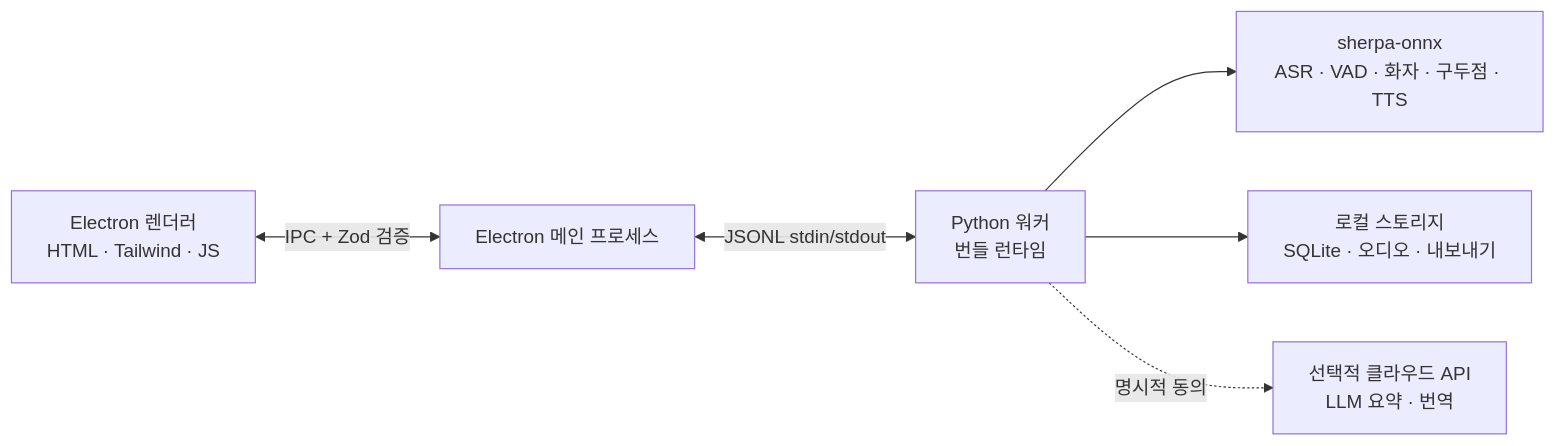
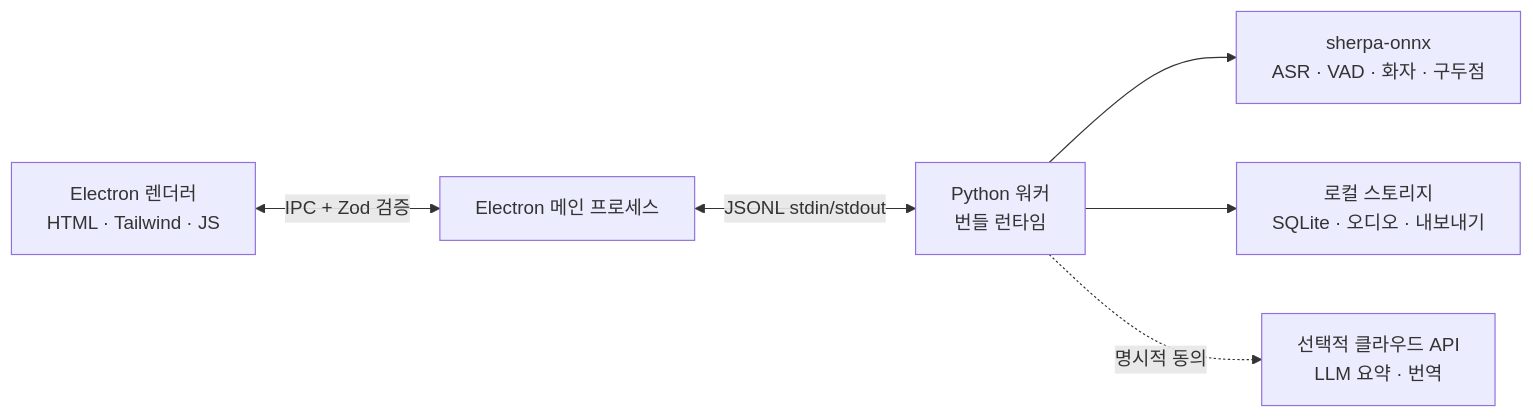
Before and after one commit to zerolovesea/Brevia: the diagram in docs/README.ko.md, drawn with Mermaid. The commit also changed other lines of this file and 47 other files, not shown here.

````diff
--- a/docs/README.ko.md
+++ b/docs/README.ko.md
@@ -78,8 +77,8 @@
 ```mermaid
 flowchart LR
   A[Electron 렌더러<br/>HTML · Tailwind · JS] <-->|IPC + Zod 검증| B[Electron 메인 프로세스]
   B <-->|JSONL stdin/stdout| C[Python 워커<br/>번들 런타임]
-  C --> D[sherpa-onnx<br/>ASR · VAD · 화자 · 구두점 · TTS]
+  C --> D[sherpa-onnx<br/>ASR · VAD · 화자 · 구두점]
   C --> E[로컬 스토리지<br/>SQLite · 오디오 · 내보내기]
   C -. 명시적 동의 .-> F[선택적 클라우드 API<br/>LLM 요약 · 번역]
 ```
````
